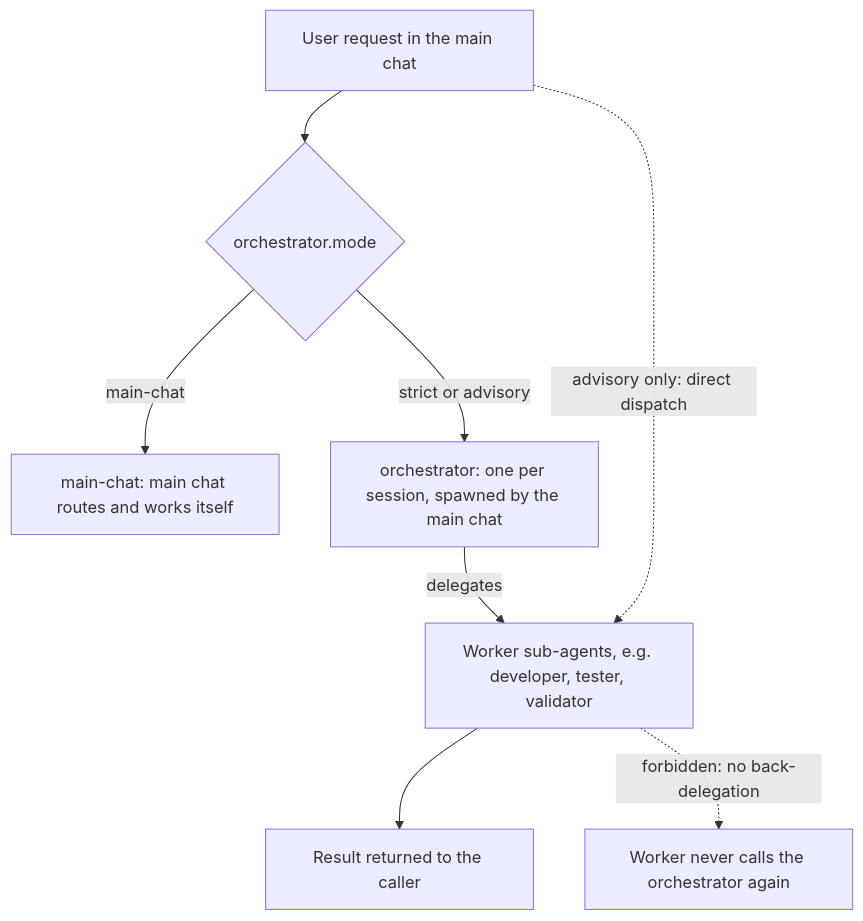
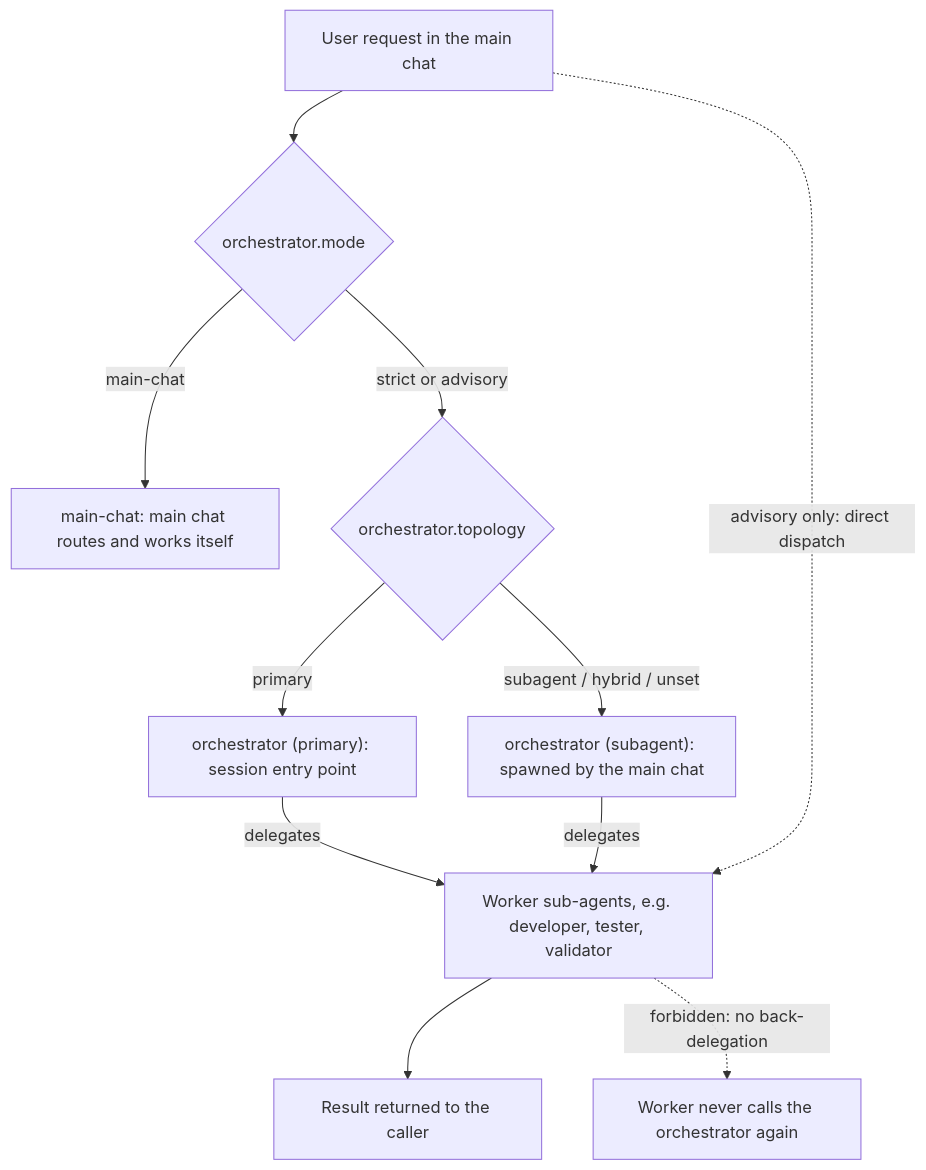
The third of 4 diagrams in README.md (Popoboxxo/agent-meta), drawn with Mermaid before and after one commit. The commit also changed other lines of this file and 7 other files, not shown here.

````diff
--- a/README.md
+++ b/README.md
@@ -410,17 +411,22 @@
 ```mermaid
 flowchart TD
     U["User request in the main chat"]
     M{"orchestrator.mode"}
     MC["main-chat: main chat routes and works itself"]
-    O["orchestrator: one per session, spawned by the main chat"]
+    T{"orchestrator.topology"}
+    OP["orchestrator (primary): session entry point"]
+    OS["orchestrator (subagent): spawned by the main chat"]
     W["Worker sub-agents, e.g. developer, tester, validator"]
     R["Result returned to the caller"]
     X["Worker never calls the orchestrator again"]
     U --> M
     M -->|"main-chat"| MC
-    M -->|"strict or advisory"| O
-    O -->|"delegates"| W
+    M -->|"strict or advisory"| T
+    T -->|"primary"| OP
+    T -->|"subagent / hybrid / unset"| OS
+    OP -->|"delegates"| W
+    OS -->|"delegates"| W
     U -.->|"advisory only: direct dispatch"| W
     W --> R
     W -.->|"forbidden: no back-delegation"| X
 ```
````
